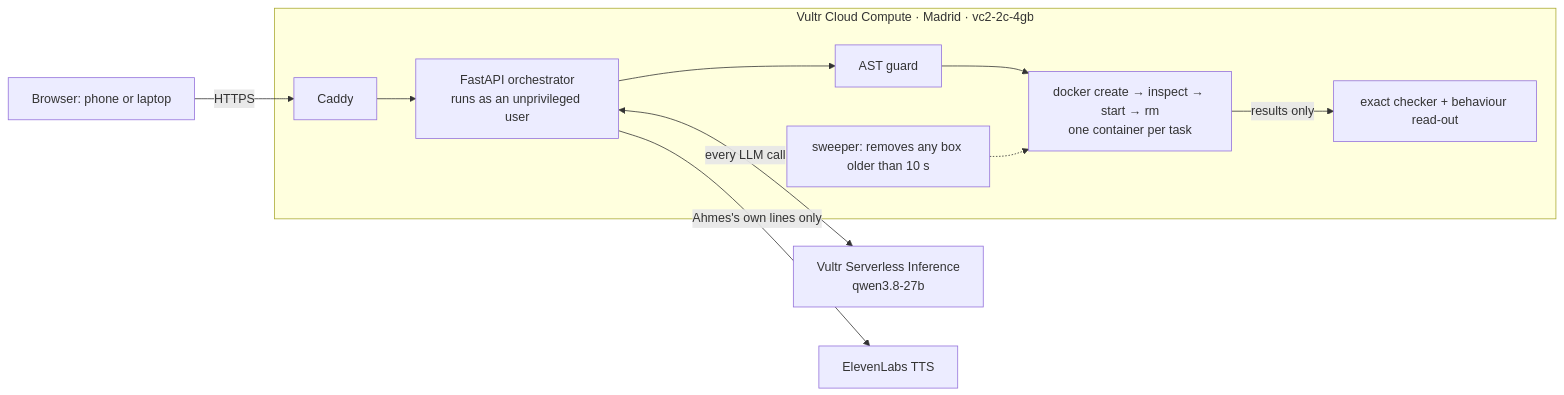
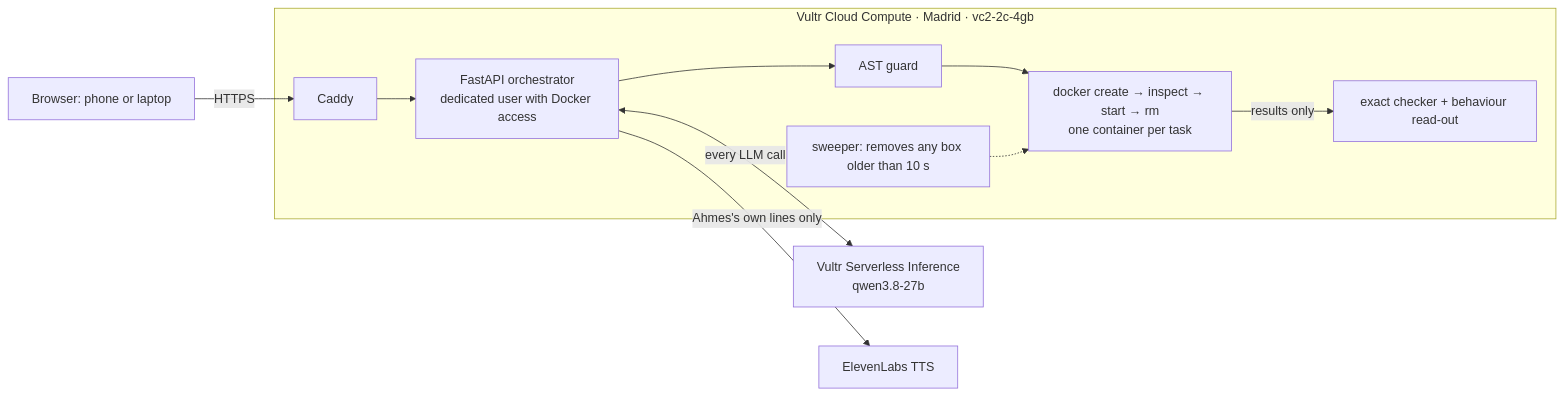
Before and after one commit to DrAhmed7887/vultr-agent-rush: the diagram in README.md, drawn with Mermaid. The commit also changed other lines of this file and 8 other files, not shown here.

````diff
--- a/README.md
+++ b/README.md
@@ -48,13 +48,13 @@
 ```mermaid
 flowchart LR
   B[Browser: phone or laptop] -->|HTTPS| C[Caddy]
   subgraph VM[Vultr Cloud Compute · Madrid · vc2-2c-4gb]
-    C --> A[FastAPI orchestrator<br/>runs as an unprivileged user]
+    C --> A[FastAPI orchestrator<br/>dedicated user with Docker access]
     A --> G[AST guard]
     G --> S["docker create → inspect → start → rm<br/>one container per task"]
     S -->|results only| V[exact checker + behaviour read-out]
     W[sweeper: removes any box older than 10 s] -.-> S
   end
   A <-->|every LLM call| I[Vultr Serverless Inference<br/>qwen3.8-27b]
   A -->|Ahmes's own lines only| E[ElevenLabs TTS]
 ```
````
